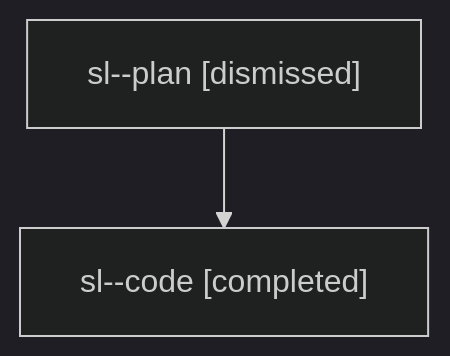
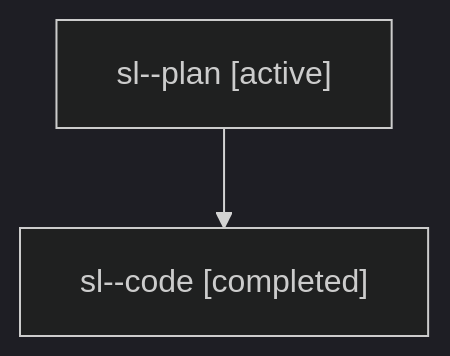
One commit to sase-org/sase--agents changed the diagram in families/bbugyi200.athena.sl.md. Above: the diagram before and after it, drawn with Mermaid (dark theme). The commit also changed other lines of this file and 4556 other files, not shown here.

````diff
--- a/families/bbugyi200.athena.sl.md
+++ b/families/bbugyi200.athena.sl.md
@@ -9,6 +9,6 @@
 ```mermaid
 flowchart TD
-  n0["sl--plan [dismissed]"]
+  n0["sl--plan [active]"]
   n1["sl--code [completed]"]
   n0 --> n1
 ```
````
